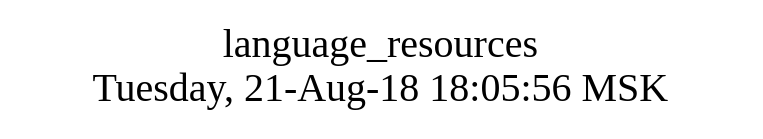
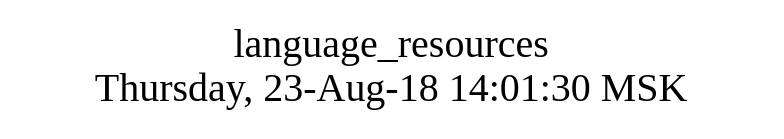
The diagram in src/language_resources/struct.dot (AlexZeDim/apps), drawn with Graphviz before and after one commit. The commit also changed 15 other files, not shown here.

```diff
--- a/src/language_resources/struct.dot
+++ b/src/language_resources/struct.dot
@@ -1,10 +1,10 @@
 digraph G {
 graph [
   fontsize="24";
-  label="language_resources\nTuesday, 21-Aug-18 18:05:56 MSK";
+  label="language_resources\nThursday, 23-Aug-18 14:01:30 MSK";
   nojustify=true;
   ordering=out;
   rankdir=LR;
   size="30";
 ];
 }
```
